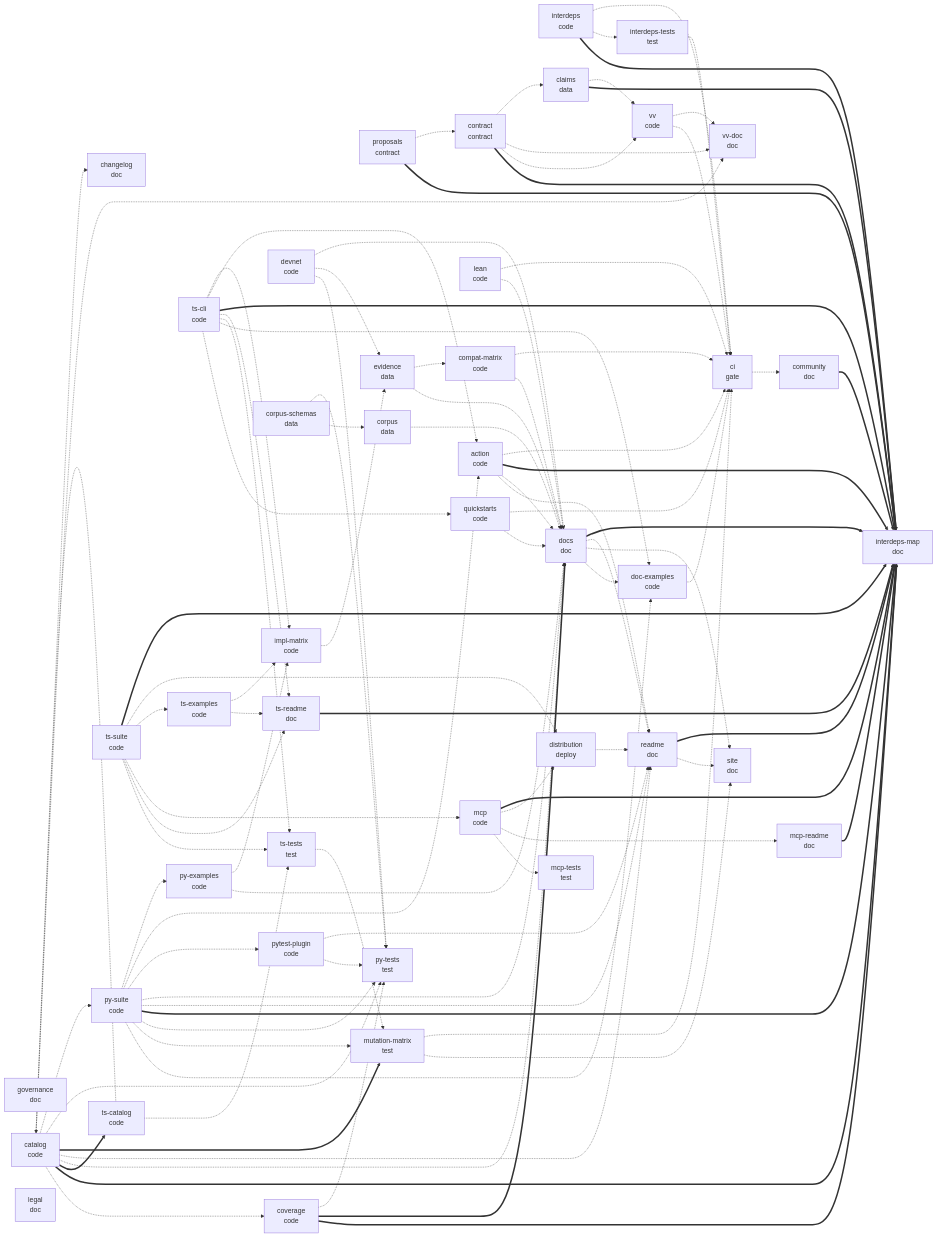
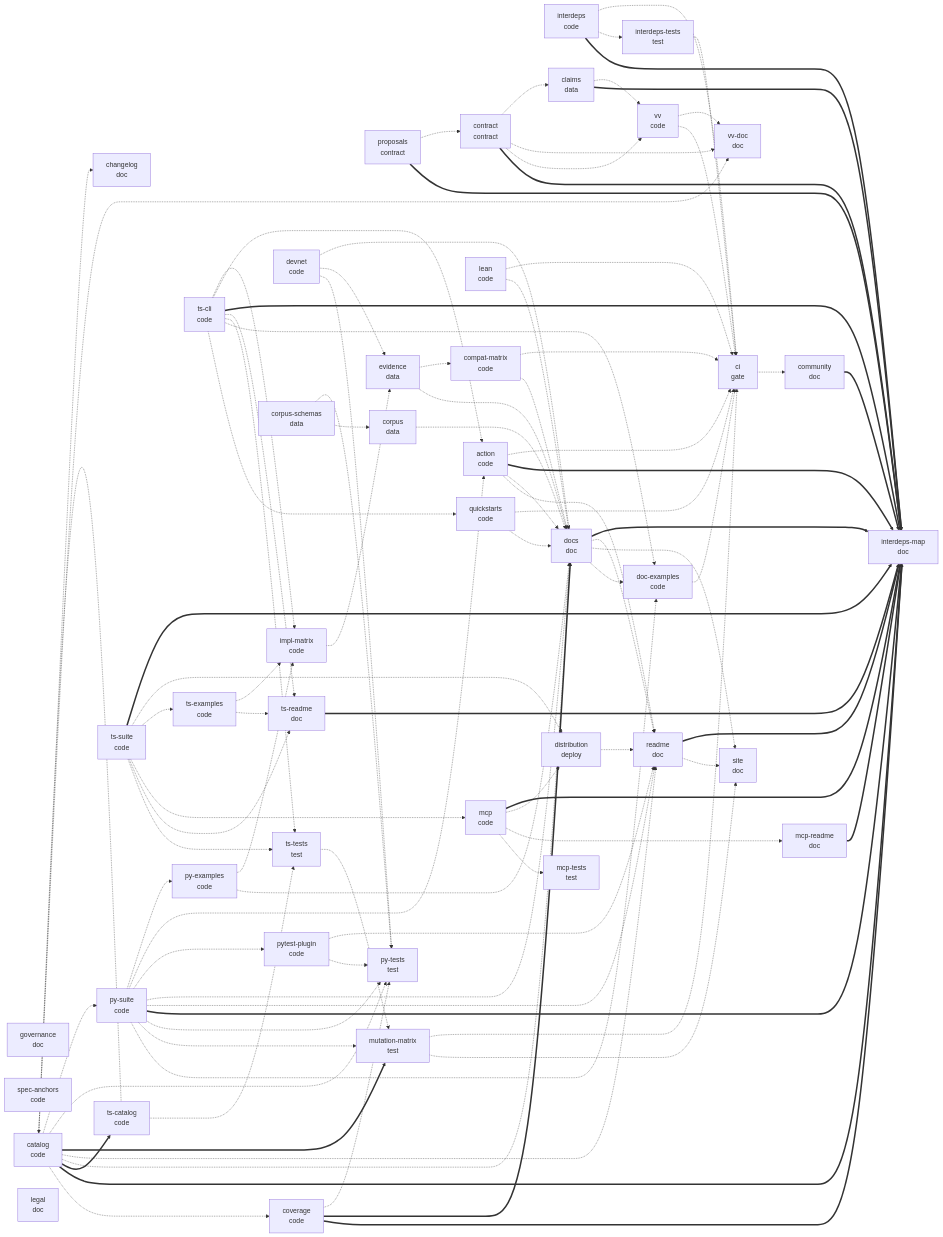
The second of 2 diagrams in docs/INTERDEPENDENCY.md (atsp-protocol/x402-conformance), drawn with Mermaid before and after one commit. The commit also changed other lines of this file and 19 other files, not shown here.

```diff
--- a/docs/INTERDEPENDENCY.md
+++ b/docs/INTERDEPENDENCY.md
@@ -582,6 +582,7 @@
 graph LR
   interdeps["interdeps<br/>code"]
   governance["governance<br/>doc"]
+  spec_anchors["spec-anchors<br/>code"]
   interdeps_map["interdeps-map<br/>doc"]
   interdeps_tests["interdeps-tests<br/>test"]
   coverage["coverage<br/>code"]
```
